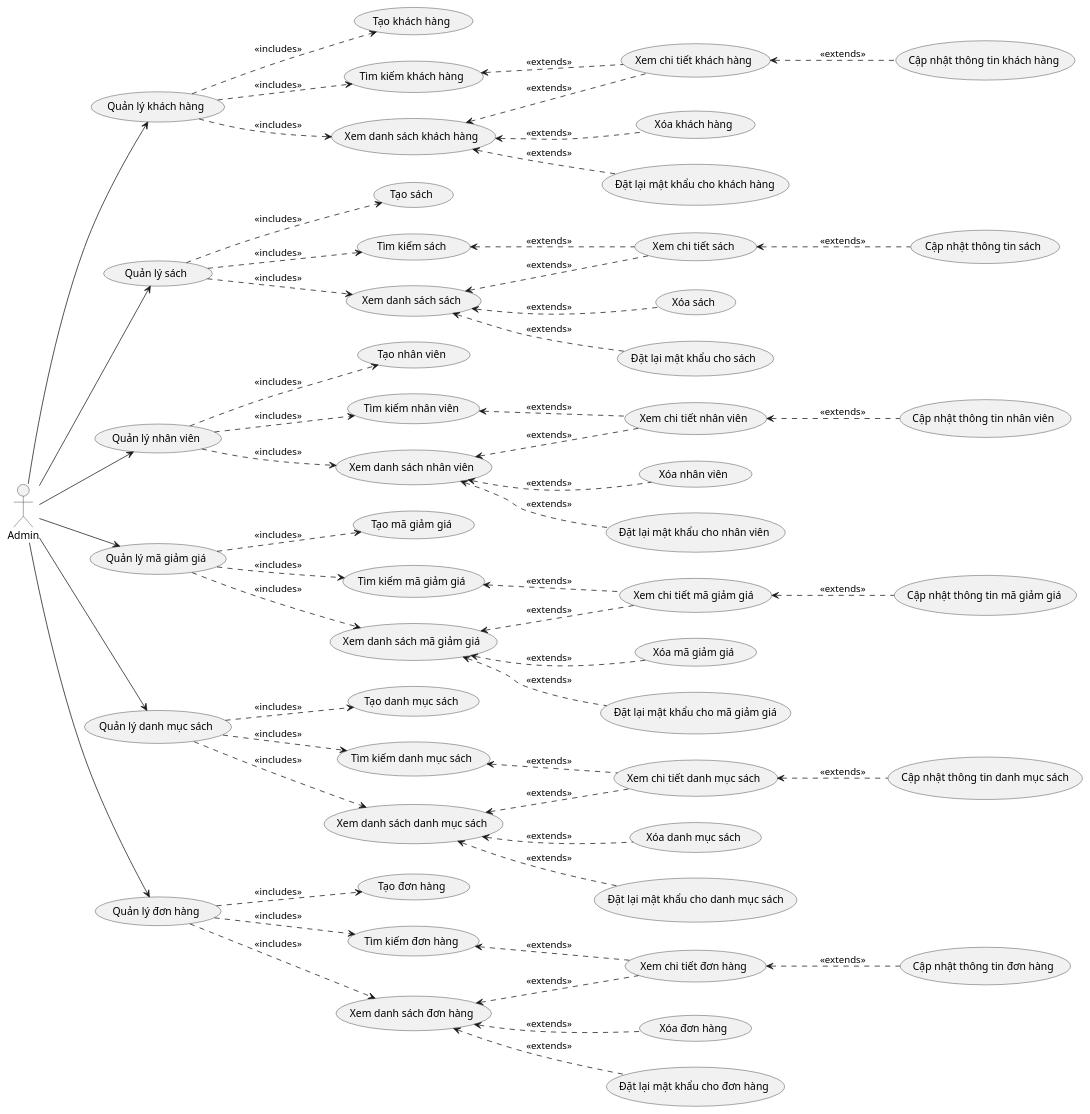
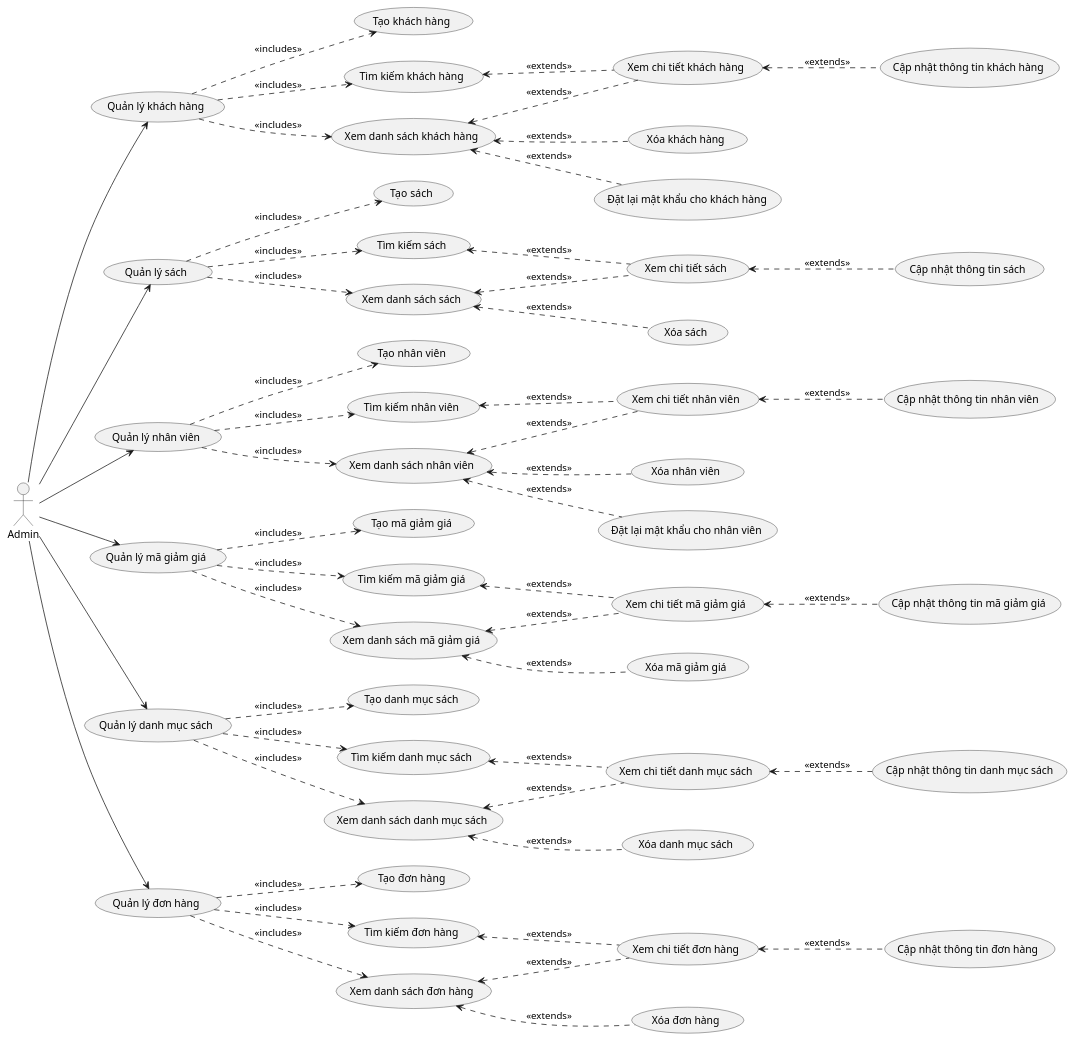
One commit to B5u2423/Bookstore-Website changed the diagram in docs/diagrams/Usecase/admin/admin.wsd. Above: the diagram before and after it, drawn with PlantUML.

Commit message:
update uc_admin diag

```diff
--- a/docs/diagrams/Usecase/admin/admin.wsd
+++ b/docs/diagrams/Usecase/admin/admin.wsd
@@ -1,67 +1,63 @@
 @startuml uc_admin
 
 left to right direction
 
 "Admin" as AD
 
 AD --> (Quản lý khách hàng)
 (Quản lý khách hàng) ..> (Tạo khách hàng) : <<includes>>
 (Quản lý khách hàng) ..> (Tìm kiếm khách hàng) : <<includes>>
 (Quản lý khách hàng) ..> (Xem danh sách khách hàng) : <<includes>>
 (Xem danh sách khách hàng) <.. (Xóa khách hàng) : <<extends>>
 (Xem danh sách khách hàng) <.. (Đặt lại mật khẩu cho khách hàng) : <<extends>>
 (Xem danh sách khách hàng) <.. (Xem chi tiết khách hàng) : <<extends>>
 (Tìm kiếm khách hàng) <.. (Xem chi tiết khách hàng) : <<extends>>
 (Xem chi tiết khách hàng) <.. (Cập nhật thông tin khách hàng) : <<extends>>
 
 AD --> (Quản lý sách)
 (Quản lý sách) ..> (Tạo sách) : <<includes>>
 (Quản lý sách) ..> (Tìm kiếm sách) : <<includes>>
 (Quản lý sách) ..> (Xem danh sách sách) : <<includes>>
 (Xem danh sách sách) <.. (Xóa sách) : <<extends>>
-(Xem danh sách sách) <.. (Đặt lại mật khẩu cho sách) : <<extends>>
 (Xem danh sách sách) <.. (Xem chi tiết sách) : <<extends>>
 (Tìm kiếm sách) <.. (Xem chi tiết sách) : <<extends>>
 (Xem chi tiết sách) <.. (Cập nhật thông tin sách) : <<extends>>
 
 AD --> (Quản lý nhân viên)
 (Quản lý nhân viên) ..> (Tạo nhân viên) : <<includes>>
 (Quản lý nhân viên) ..> (Tìm kiếm nhân viên) : <<includes>>
 (Quản lý nhân viên) ..> (Xem danh sách nhân viên) : <<includes>>
 (Xem danh sách nhân viên) <.. (Xóa nhân viên) : <<extends>>
 (Xem danh sách nhân viên) <.. (Đặt lại mật khẩu cho nhân viên) : <<extends>>
 (Xem danh sách nhân viên) <.. (Xem chi tiết nhân viên) : <<extends>>
 (Tìm kiếm nhân viên) <.. (Xem chi tiết nhân viên) : <<extends>>
 (Xem chi tiết nhân viên) <.. (Cập nhật thông tin nhân viên) : <<extends>>
 
 AD --> (Quản lý mã giảm giá)
 (Quản lý mã giảm giá) ..> (Tạo mã giảm giá) : <<includes>>
 (Quản lý mã giảm giá) ..> (Tìm kiếm mã giảm giá) : <<includes>>
 (Quản lý mã giảm giá) ..> (Xem danh sách mã giảm giá) : <<includes>>
 (Xem danh sách mã giảm giá) <.. (Xóa mã giảm giá) : <<extends>>
-(Xem danh sách mã giảm giá) <.. (Đặt lại mật khẩu cho mã giảm giá) : <<extends>>
 (Xem danh sách mã giảm giá) <.. (Xem chi tiết mã giảm giá) : <<extends>>
 (Tìm kiếm mã giảm giá) <.. (Xem chi tiết mã giảm giá) : <<extends>>
 (Xem chi tiết mã giảm giá) <.. (Cập nhật thông tin mã giảm giá) : <<extends>>
 
 AD --> (Quản lý danh mục sách)
 (Quản lý danh mục sách) ..> (Tạo danh mục sách) : <<includes>>
 (Quản lý danh mục sách) ..> (Tìm kiếm danh mục sách) : <<includes>>
 (Quản lý danh mục sách) ..> (Xem danh sách danh mục sách) : <<includes>>
 (Xem danh sách danh mục sách) <.. (Xóa danh mục sách) : <<extends>>
-(Xem danh sách danh mục sách) <.. (Đặt lại mật khẩu cho danh mục sách) : <<extends>>
 (Xem danh sách danh mục sách) <.. (Xem chi tiết danh mục sách) : <<extends>>
 (Tìm kiếm danh mục sách) <.. (Xem chi tiết danh mục sách) : <<extends>>
 (Xem chi tiết danh mục sách) <.. (Cập nhật thông tin danh mục sách) : <<extends>>
 
 AD --> (Quản lý đơn hàng)
 (Quản lý đơn hàng) ..> (Tạo đơn hàng) : <<includes>>
 (Quản lý đơn hàng) ..> (Tìm kiếm đơn hàng) : <<includes>>
 (Quản lý đơn hàng) ..> (Xem danh sách đơn hàng) : <<includes>>
 (Xem danh sách đơn hàng) <.. (Xóa đơn hàng) : <<extends>>
-(Xem danh sách đơn hàng) <.. (Đặt lại mật khẩu cho đơn hàng) : <<extends>>
 (Xem danh sách đơn hàng) <.. (Xem chi tiết đơn hàng) : <<extends>>
 (Tìm kiếm đơn hàng) <.. (Xem chi tiết đơn hàng) : <<extends>>
 (Xem chi tiết đơn hàng) <.. (Cập nhật thông tin đơn hàng) : <<extends>>
 
 @enduml
```
